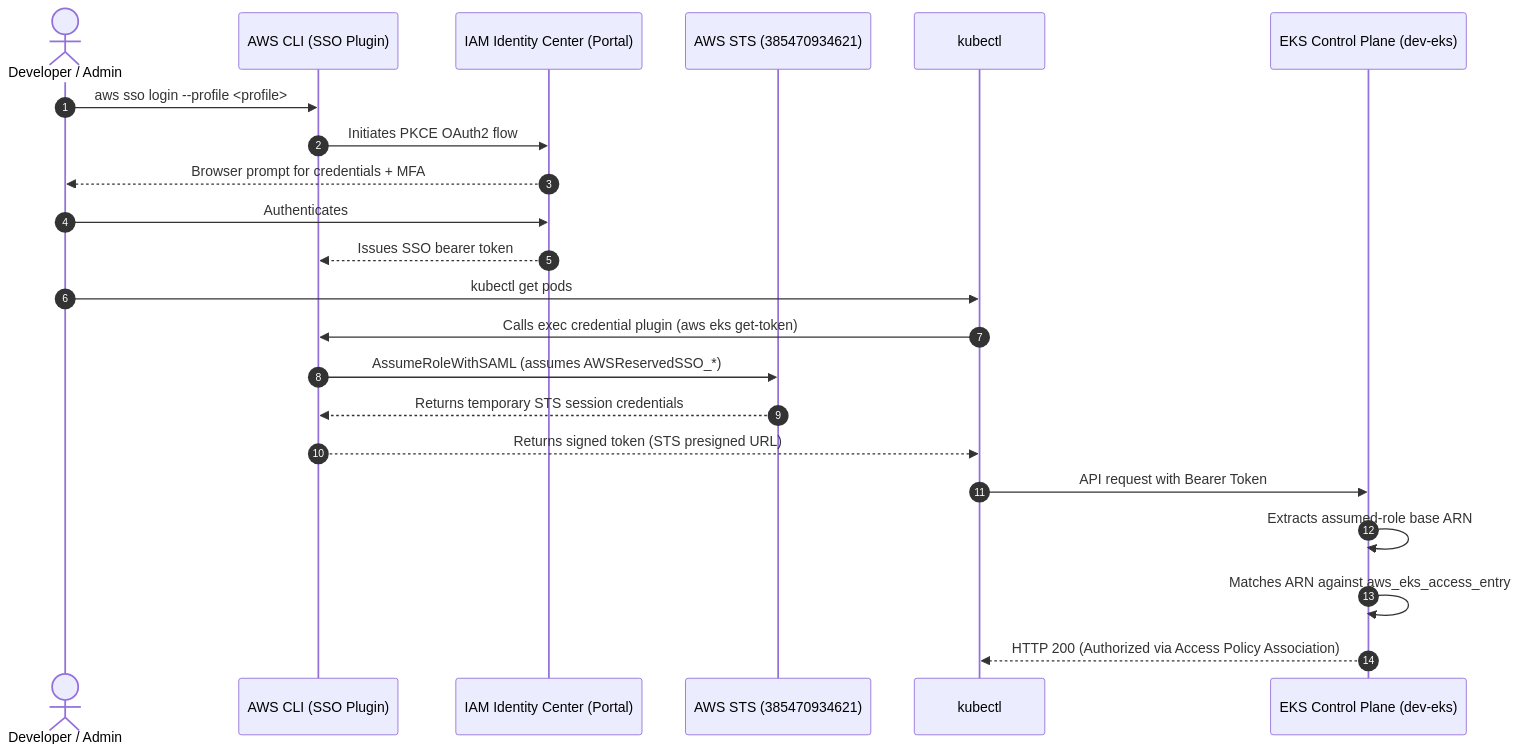
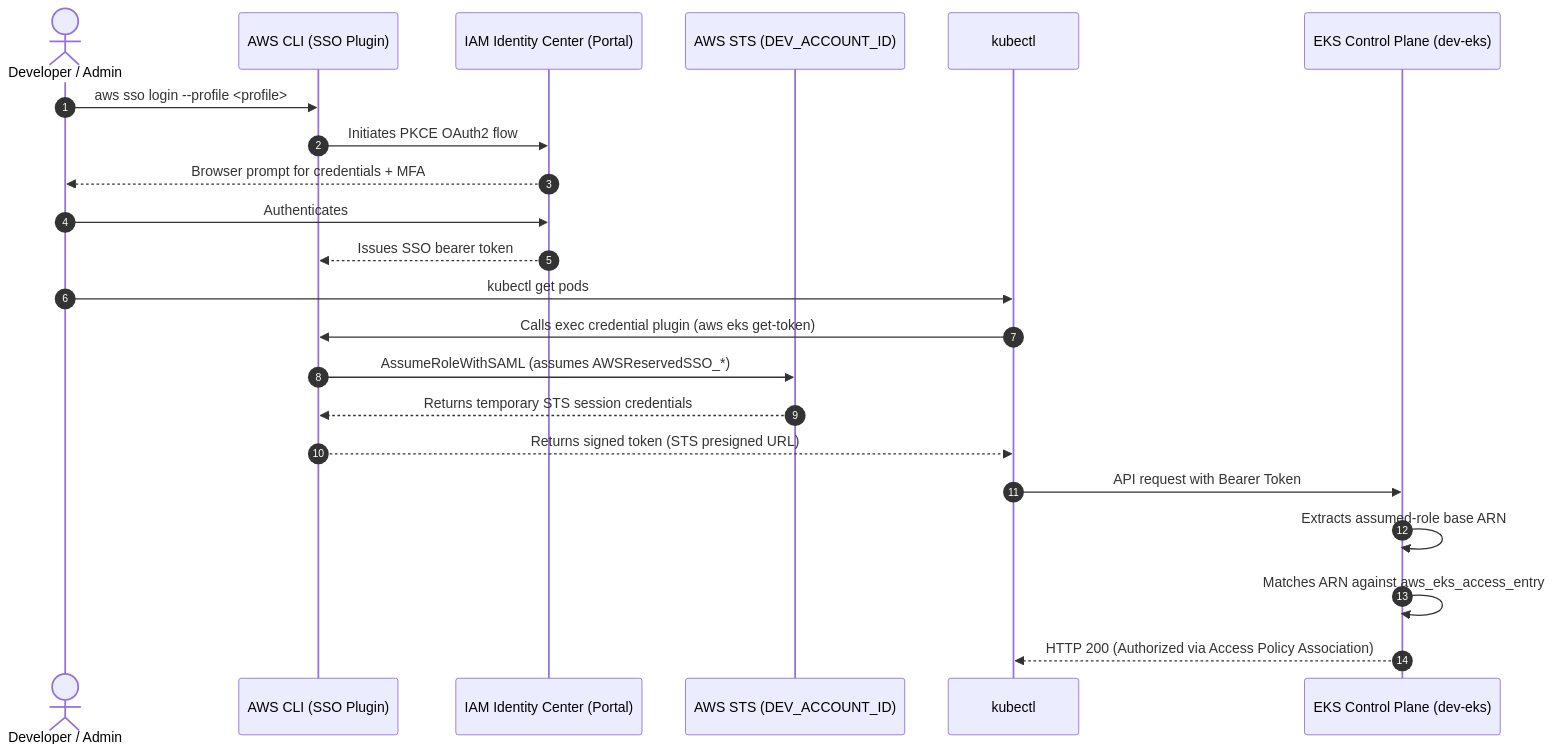
One commit to ericmolinam/aws-projects changed the second of 2 diagrams in lab-aws-eks/README.md. Above: the diagram before and after it, drawn with Mermaid. The commit also changed other lines of this file, not shown here.

````diff
--- a/lab-aws-eks/README.md
+++ b/lab-aws-eks/README.md
@@ -77,26 +77,26 @@
 ```mermaid
 sequenceDiagram
     autonumber
     actor User as Developer / Admin
     participant CLI as AWS CLI (SSO Plugin)
     participant SSO as IAM Identity Center (Portal)
-    participant STS as AWS STS (385470934621)
+    participant STS as AWS STS (DEV_ACCOUNT_ID)
     participant K8s as kubectl
     participant EKS as EKS Control Plane (dev-eks)
 
     User->>CLI: aws sso login --profile <profile>
     CLI->>SSO: Initiates PKCE OAuth2 flow
     SSO-->>User: Browser prompt for credentials + MFA
     User->>SSO: Authenticates
     SSO-->>CLI: Issues SSO bearer token
     
     User->>K8s: kubectl get pods
     K8s->>CLI: Calls exec credential plugin (aws eks get-token)
     CLI->>STS: AssumeRoleWithSAML (assumes AWSReservedSSO_*)
     STS-->>CLI: Returns temporary STS session credentials
     CLI-->>K8s: Returns signed token (STS presigned URL)
     K8s->>EKS: API request with Bearer Token
     EKS->>EKS: Extracts assumed-role base ARN
     EKS->>EKS: Matches ARN against aws_eks_access_entry
     EKS-->>K8s: HTTP 200 (Authorized via Access Policy Association)
 ```
````
